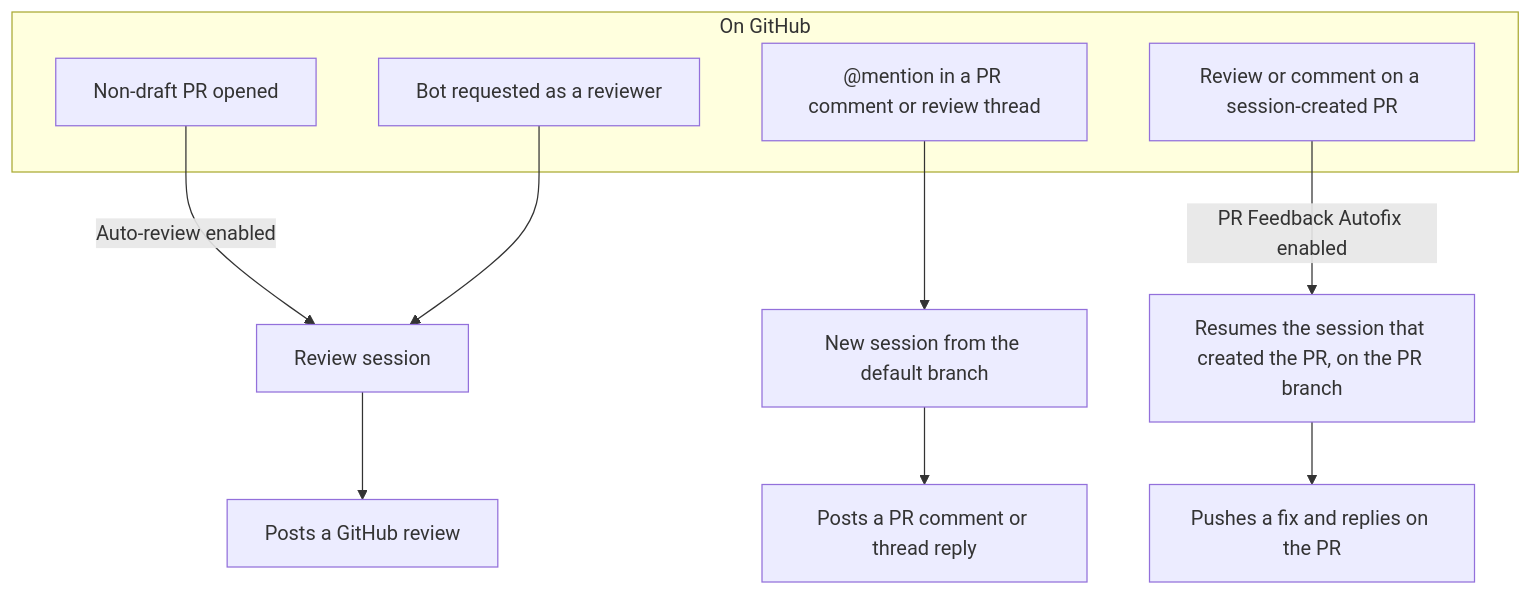
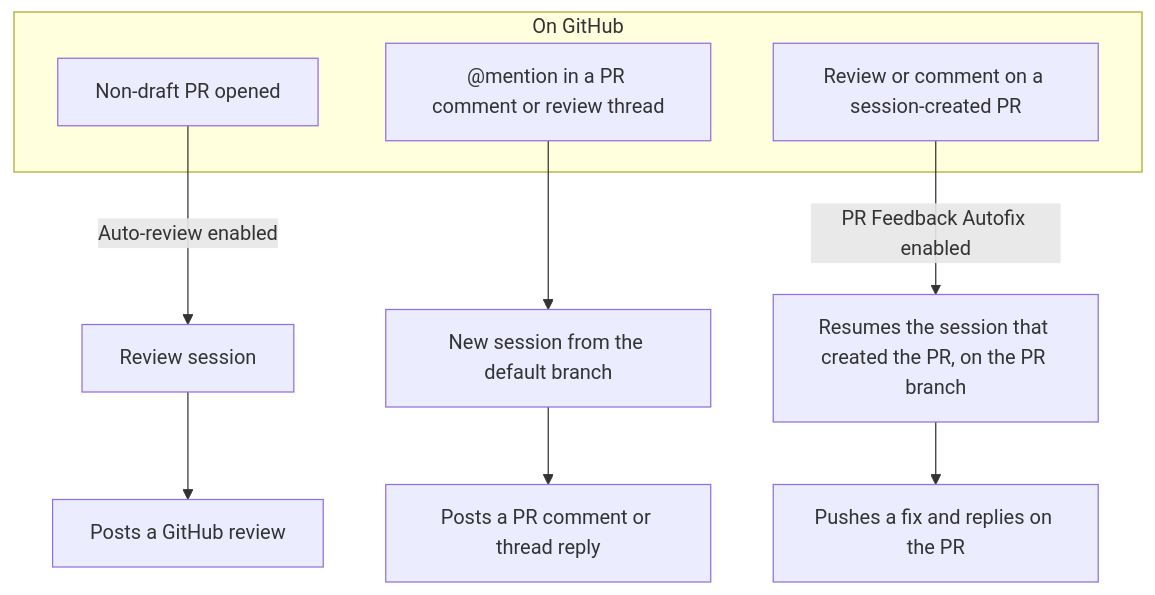
One commit to ColeMurray/background-agents changed the diagram in packages/docs/content/docs/integrations/github.mdx. Above: the diagram before and after it, drawn with Mermaid. The commit also changed other lines of this file and 26 other files, not shown here.

First line of the commit message:
fix(docs): address PR review on deploy gating, accuracy, and diagrams

````diff
--- a/packages/docs/content/docs/integrations/github.mdx
+++ b/packages/docs/content/docs/integrations/github.mdx
@@ -52,16 +50,15 @@
 ```mermaid
 flowchart TB
+    accTitle: GitHub entry points and what each one posts back
     subgraph github["On GitHub"]
         opened["Non-draft PR opened"]
-        requested["Bot requested as a reviewer"]
         mention["@mention in a PR comment or review thread"]
         feedback["Review or comment on a session-created PR"]
     end
     opened -->|Auto-review enabled| review["Review session"]
-    requested --> review
     review --> posted["Posts a GitHub review"]
     mention --> fresh["New session from the default branch"]
     fresh --> answer["Posts a PR comment or thread reply"]
     feedback -->|PR Feedback Autofix enabled| resume["Resumes the session that created the PR, on the PR branch"]
     resume --> push["Pushes a fix and replies on the PR"]
 ```
````
